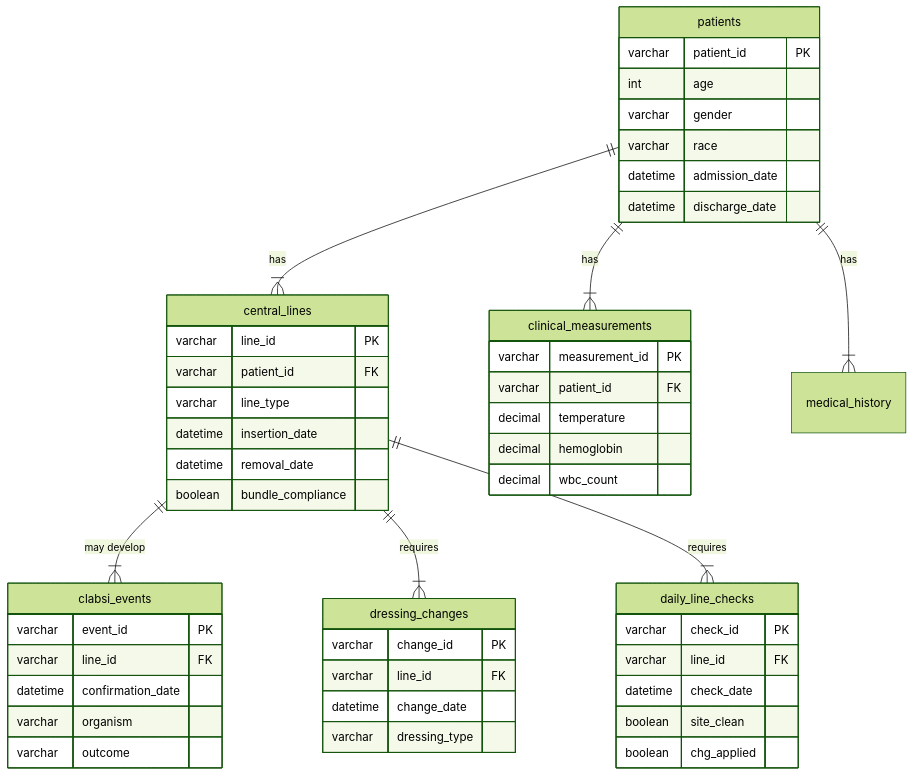
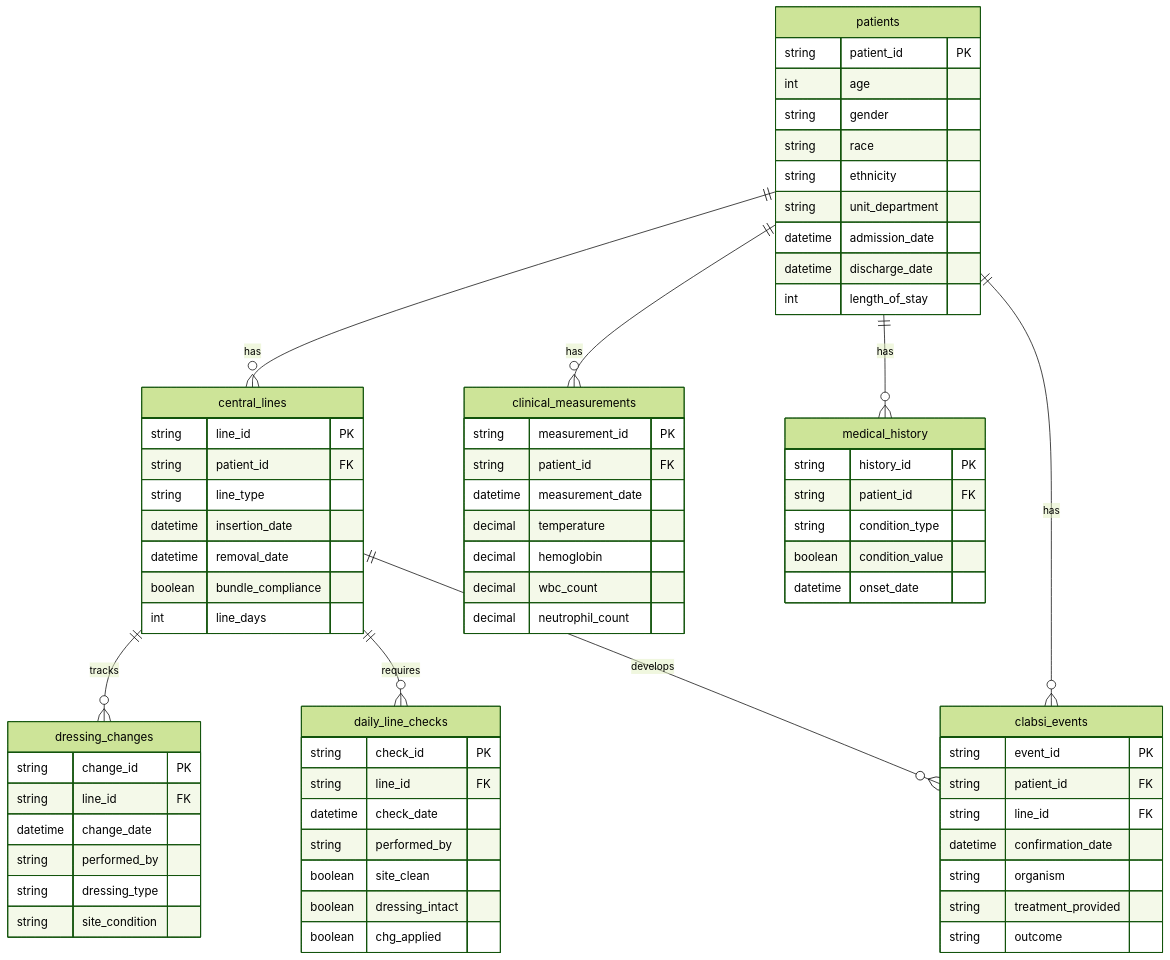
One commit to acrana/Metis-Techo changed the diagram in CLABSI/README.md. Above: the diagram before and after it, drawn with Mermaid (forest theme).

````diff
--- a/CLABSI/README.md
+++ b/CLABSI/README.md
@@ -1,58 +1,79 @@
 ``` mermaid
 erDiagram
-    patients ||--|{ central_lines : "has"
-    patients ||--|{ clinical_measurements : "has"
-    patients ||--|{ medical_history : "has"
-    central_lines ||--|{ clabsi_events : "may develop"
-    central_lines ||--|{ dressing_changes : "requires"
-    central_lines ||--|{ daily_line_checks : "requires"
+    patients ||--o{ central_lines : has
+    patients ||--o{ clinical_measurements : has
+    patients ||--o{ medical_history : has
+    patients ||--o{ clabsi_events : has
+    central_lines ||--o{ dressing_changes : tracks
+    central_lines ||--o{ daily_line_checks : requires
+    central_lines ||--o{ clabsi_events : develops
 
     patients {
-        varchar patient_id PK
+        string patient_id PK
         int age
-        varchar gender
-        varchar race
+        string gender
+        string race
+        string ethnicity
+        string unit_department
         datetime admission_date
         datetime discharge_date
+        int length_of_stay
     }
 
     central_lines {
-        varchar line_id PK
-        varchar patient_id FK
-        varchar line_type
+        string line_id PK
+        string patient_id FK
+        string line_type
         datetime insertion_date
         datetime removal_date
         boolean bundle_compliance
+        int line_days
     }
 
     clinical_measurements {
-        varchar measurement_id PK
-        varchar patient_id FK
+        string measurement_id PK
+        string patient_id FK
+        datetime measurement_date
         decimal temperature
         decimal hemoglobin
         decimal wbc_count
+        decimal neutrophil_count
+    }
+
+    medical_history {
+        string history_id PK
+        string patient_id FK
+        string condition_type
+        boolean condition_value
+        datetime onset_date
     }
 
     clabsi_events {
-        varchar event_id PK
-        varchar line_id FK
+        string event_id PK
+        string patient_id FK
+        string line_id FK
         datetime confirmation_date
-        varchar organism
-        varchar outcome
+        string organism
+        string treatment_provided
+        string outcome
     }
 
     dressing_changes {
-        varchar change_id PK
-        varchar line_id FK
+        string change_id PK
+        string line_id FK
         datetime change_date
-        varchar dressing_type
+        string performed_by
+        string dressing_type
+        string site_condition
     }
 
     daily_line_checks {
-        varchar check_id PK
-        varchar line_id FK
+        string check_id PK
+        string line_id FK
         datetime check_date
+        string performed_by
         boolean site_clean
+        boolean dressing_intact
         boolean chg_applied
     }
 ```
````
